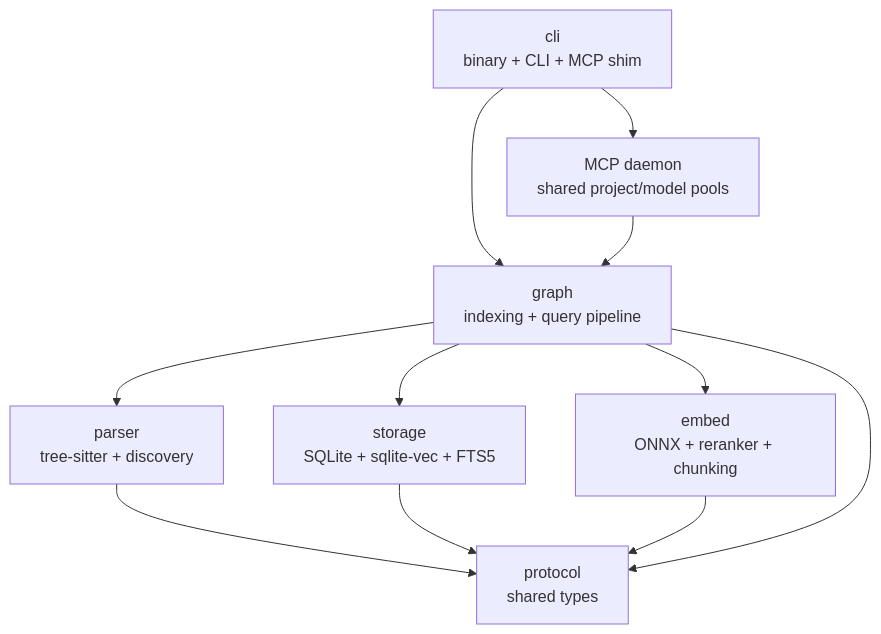
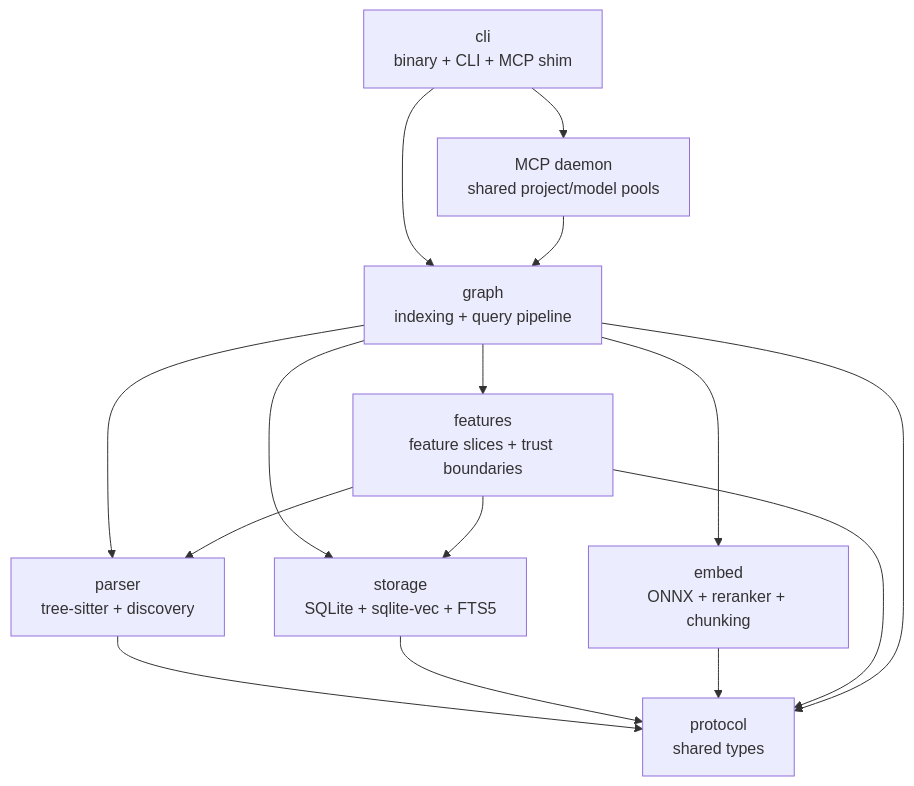
Before and after one commit to iliaal/codesage: the third of 3 diagrams in README.md, drawn with Mermaid. The commit also changed other lines of this file and 3 other files, not shown here.

````diff
--- a/README.md
+++ b/README.md
@@ -490,21 +492,26 @@
 ```mermaid
 flowchart TD
     cli[cli<br/>binary + CLI + MCP shim]
     daemon[MCP daemon<br/>shared project/model pools]
     gr[graph<br/>indexing + query pipeline]
     parser[parser<br/>tree-sitter + discovery]
     storage[storage<br/>SQLite + sqlite-vec + FTS5]
     embed[embed<br/>ONNX + reranker + chunking]
+    feat[features<br/>feature slices + trust boundaries]
     protocol[protocol<br/>shared types]
 
     cli --> daemon
     cli --> gr
     daemon --> gr
     gr --> parser
     gr --> storage
     gr --> embed
+    gr --> feat
+    feat --> parser
+    feat --> storage
     parser --> protocol
     storage --> protocol
     embed --> protocol
+    feat --> protocol
     gr --> protocol
 ```
````
